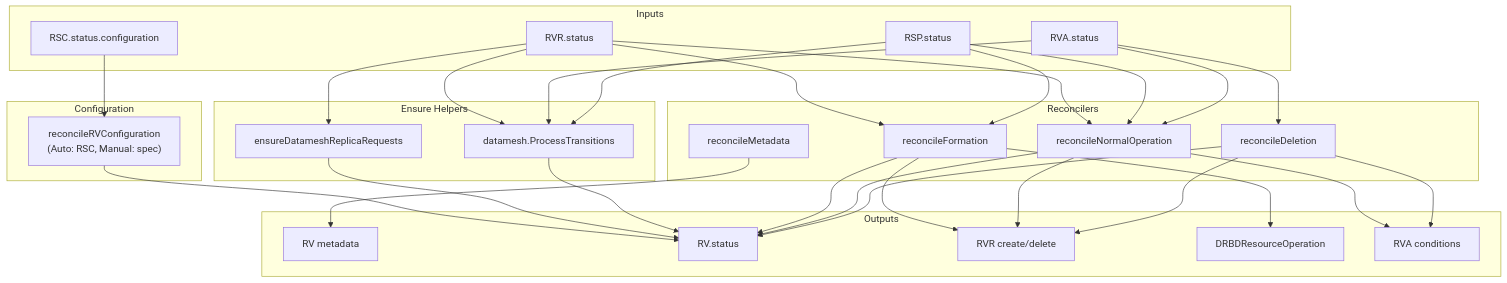
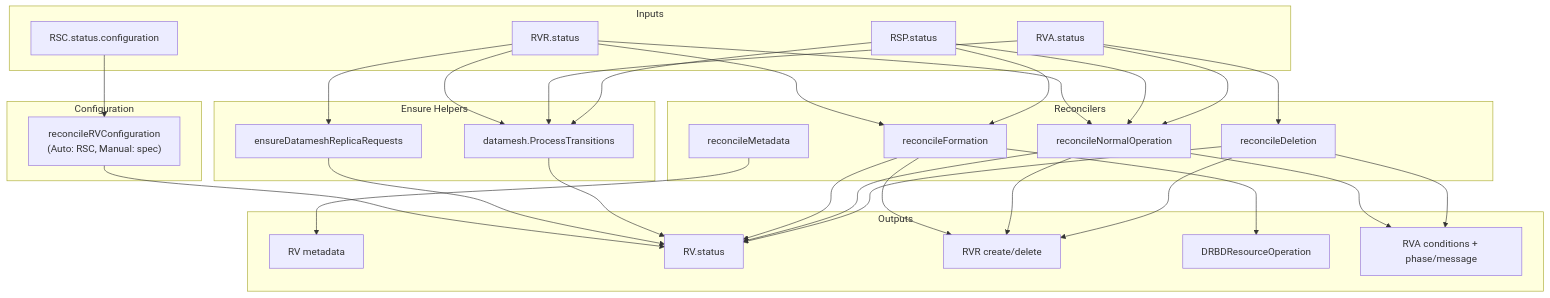
Before and after one commit to deckhouse/sds-replicated-volume: the second of 9 diagrams in images/controller/internal/controllers/rv_controller/README.md, drawn with Mermaid. The commit also changed other lines of this file and 6 other files, not shown here.

First line of the commit message:
[api/rva] Add phase and message status fields

````diff
--- a/images/controller/internal/controllers/rv_controller/README.md
+++ b/images/controller/internal/controllers/rv_controller/README.md
@@ -320,59 +336,59 @@
 ```mermaid
 flowchart TD
     subgraph inputs [Inputs]
         RSCStatus[RSC.status.configuration]
         RSP[RSP.status]
         RVRStatus[RVR.status]
         RVAStatus[RVA.status]
     end
 
     subgraph reconcilers [Reconcilers]
         ReconcileMeta[reconcileMetadata]
         ReconcileFormation[reconcileFormation]
         ReconcileNormalOp[reconcileNormalOperation]
         ReconcileDeletion[reconcileDeletion]
     end
 
     subgraph ensures [Ensure Helpers]
         EnsurePending[ensureDatameshReplicaRequests]
         DMEngine["datamesh.ProcessTransitions"]
     end
 
     subgraph configReconciler [Configuration]
         ReconcileConfig["reconcileRVConfiguration<br/>(Auto: RSC, Manual: spec)"]
     end
 
     subgraph outputs [Outputs]
         RVMeta[RV metadata]
         RVStatus[RV.status]
         RVRManaged[RVR create/delete]
         DRBDROp[DRBDResourceOperation]
-        RVAConditions[RVA conditions]
+        RVAConditions["RVA conditions + phase/message"]
     end
 
     RSCStatus --> ReconcileConfig
     RVRStatus --> EnsurePending
     RVRStatus --> ReconcileFormation
     RSP --> ReconcileFormation
     RVRStatus --> ReconcileNormalOp
     RSP --> ReconcileNormalOp
     RVAStatus --> ReconcileNormalOp
     RVAStatus --> ReconcileDeletion
     RVRStatus --> DMEngine
     RVAStatus --> DMEngine
     RSP --> DMEngine
 
     ReconcileMeta --> RVMeta
     ReconcileConfig --> RVStatus
     EnsurePending --> RVStatus
     DMEngine --> RVStatus
     ReconcileFormation --> RVStatus
     ReconcileFormation --> RVRManaged
     ReconcileFormation --> DRBDROp
     ReconcileNormalOp --> RVStatus
     ReconcileNormalOp --> RVRManaged
     ReconcileNormalOp --> RVAConditions
     ReconcileDeletion --> RVAConditions
     ReconcileDeletion --> RVRManaged
     ReconcileDeletion --> RVStatus
 ```
````
